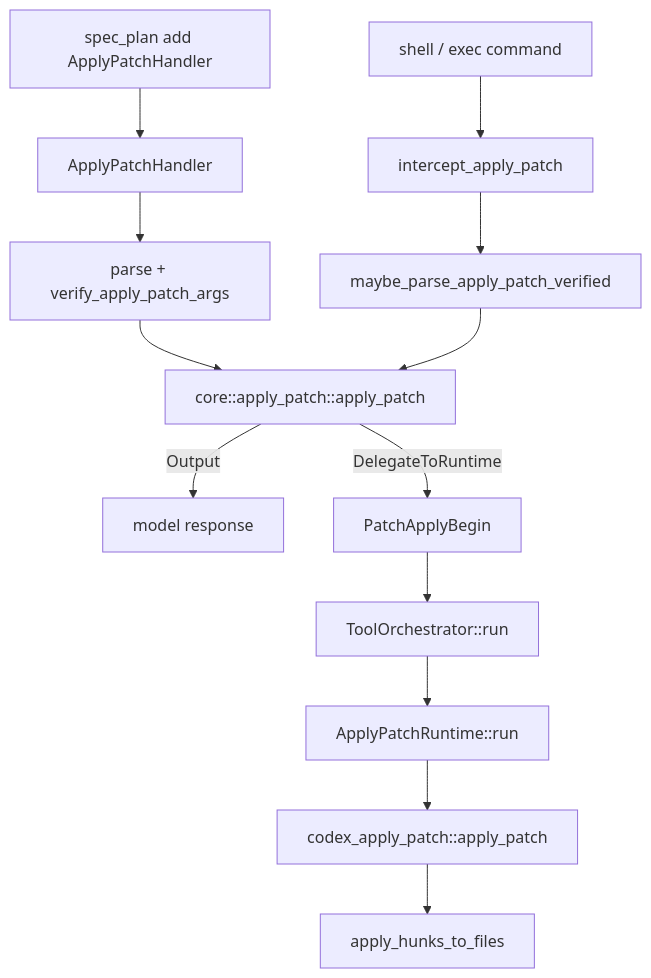
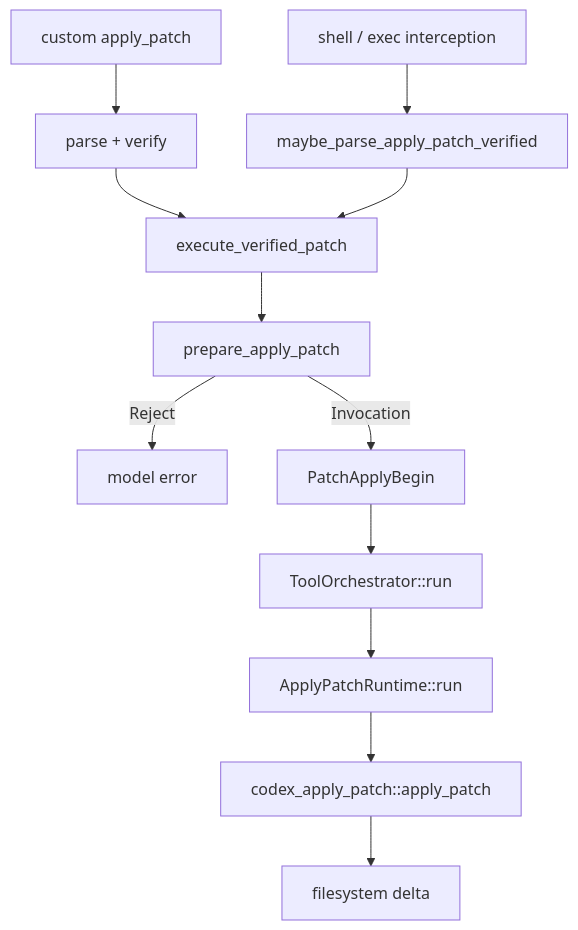
Before and after one commit to wdnmdtonyma/SOTA-Agent-LLM-Wiki: the diagram in docs/llm-wiki/codex/spine/trace-apply-patch.md, drawn with Mermaid. The commit also changed other lines of this file and 183 other files, not shown here.

````diff
--- a/docs/llm-wiki/codex/spine/trace-apply-patch.md
+++ b/docs/llm-wiki/codex/spine/trace-apply-patch.md
@@ -24,15 +16,14 @@
 ```mermaid
 flowchart TD
-    SPEC["spec_plan add ApplyPatchHandler"] --> DIRECT["ApplyPatchHandler"]
-    SHELL["shell / exec command"] --> INTERCEPT["intercept_apply_patch"]
-    DIRECT --> VERIFY["parse + verify_apply_patch_args"]
-    INTERCEPT --> VERIFY2["maybe_parse_apply_patch_verified"]
-    VERIFY --> SAFETY["core::apply_patch::apply_patch"]
-    VERIFY2 --> SAFETY
-    SAFETY -->|Output| MODEL["model response"]
-    SAFETY -->|DelegateToRuntime| EMIT["PatchApplyBegin"]
-    EMIT --> ORCH["ToolOrchestrator::run"]
+    DIRECT["custom apply_patch"] --> VERIFY1["parse + verify"]
+    SHELL["shell / exec interception"] --> VERIFY2["maybe_parse_apply_patch_verified"]
+    VERIFY1 --> SHARED["execute_verified_patch"]
+    VERIFY2 --> SHARED
+    SHARED --> PREP["prepare_apply_patch"]
+    PREP -->|Reject| MODEL["model error"]
+    PREP -->|Invocation| BEGIN["PatchApplyBegin"]
+    BEGIN --> ORCH["ToolOrchestrator::run"]
     ORCH --> RUNTIME["ApplyPatchRuntime::run"]
     RUNTIME --> LIB["codex_apply_patch::apply_patch"]
-    LIB --> FS["apply_hunks_to_files"]
+    LIB --> FS["filesystem delta"]
 ```
````
